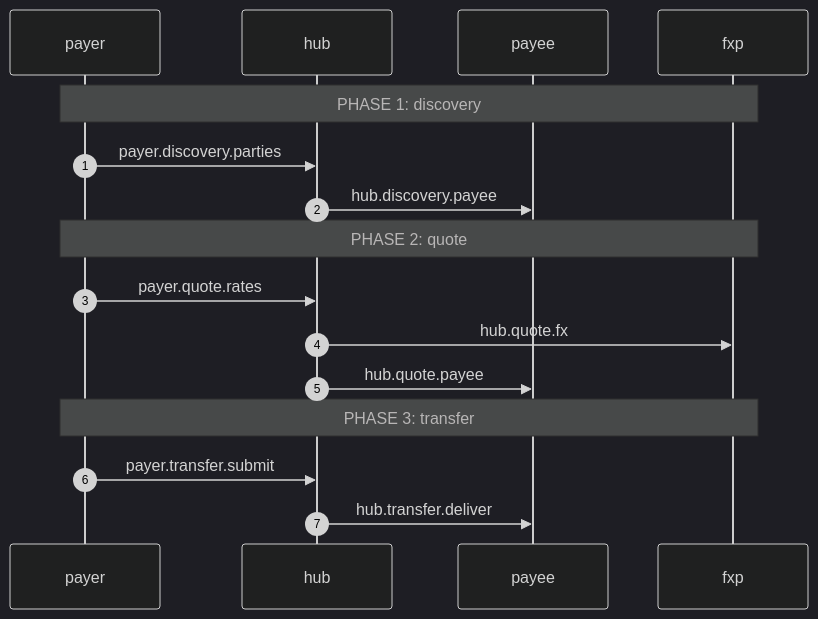
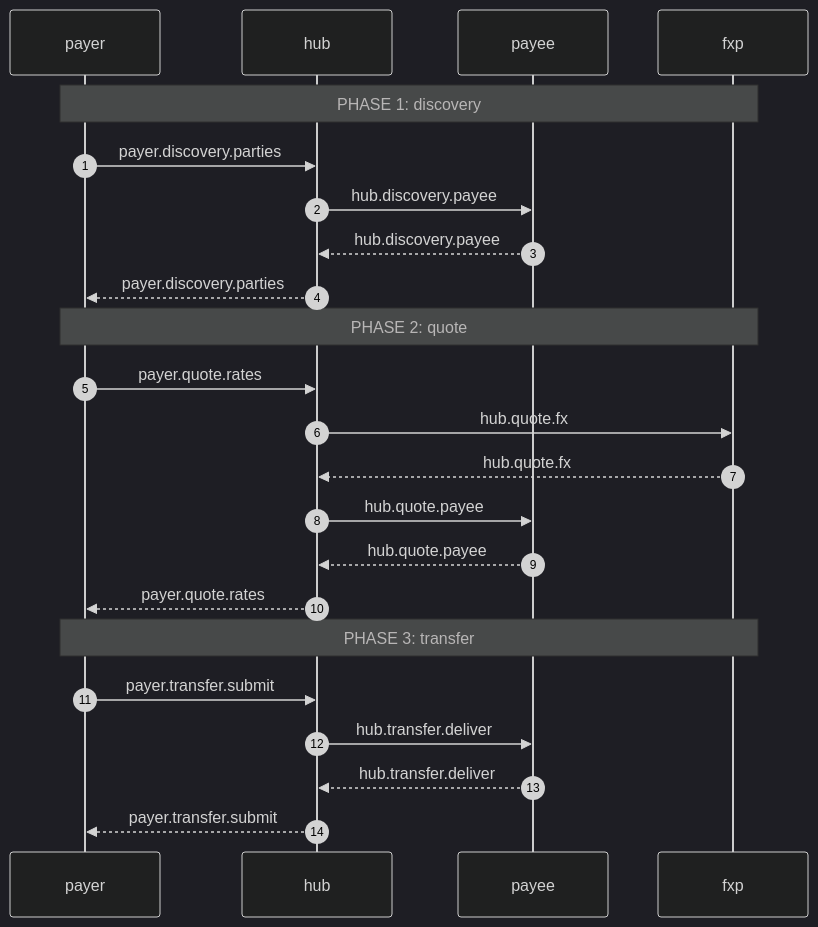
One commit to feasibleone/blong changed the first of 2 diagrams in core/semantic-log/docs/observed-flows.md. Above: the diagram before and after it, drawn with Mermaid (dark theme). The commit also changed other lines of this file and 223 other files, not shown here.

````diff
--- a/core/semantic-log/docs/observed-flows.md
+++ b/core/semantic-log/docs/observed-flows.md
@@ -31,18 +38,25 @@
 ```mermaid
 sequenceDiagram
     autonumber
     participant payer
     participant hub
     participant payee
     participant fxp
     Note over payer, fxp: PHASE 1: discovery
     payer->>hub: payer.discovery.parties
     hub->>payee: hub.discovery.payee
+    payee-->>hub: hub.discovery.payee
+    hub-->>payer: payer.discovery.parties
     Note over payer, fxp: PHASE 2: quote
     payer->>hub: payer.quote.rates
     hub->>fxp: hub.quote.fx
+    fxp-->>hub: hub.quote.fx
     hub->>payee: hub.quote.payee
+    payee-->>hub: hub.quote.payee
+    hub-->>payer: payer.quote.rates
     Note over payer, fxp: PHASE 3: transfer
     payer->>hub: payer.transfer.submit
     hub->>payee: hub.transfer.deliver
+    payee-->>hub: hub.transfer.deliver
+    hub-->>payer: payer.transfer.submit
 ```
````
